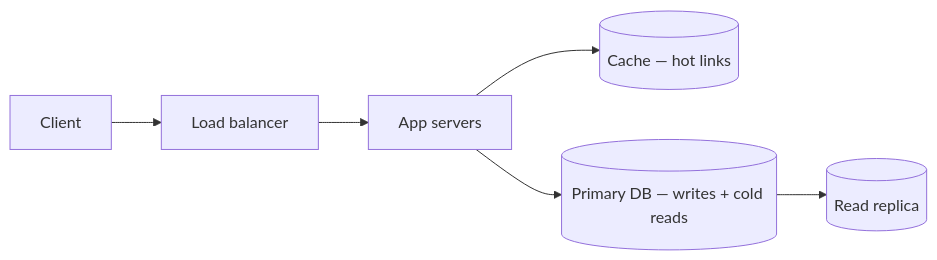
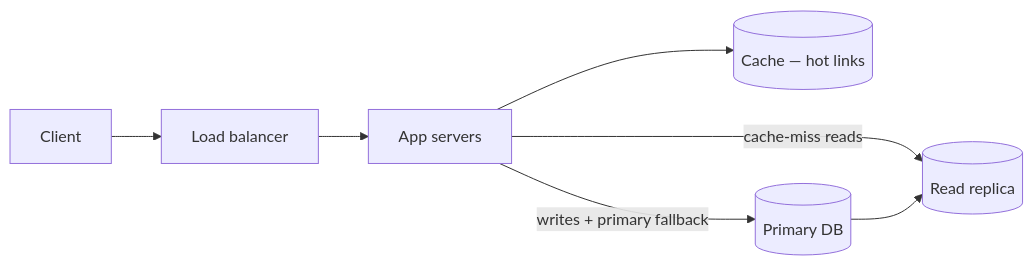
One commit to danielsousaoliveira/cs-fundamentals changed the diagram in src/content/docs/5-systems/system-design-process.mdx. Above: the diagram before and after it, drawn with Mermaid. The commit also changed other lines of this file and 4 other files, not shown here.

````diff
--- a/src/content/docs/5-systems/system-design-process.mdx
+++ b/src/content/docs/5-systems/system-design-process.mdx
@@ -87,8 +87,9 @@
 ```mermaid
 flowchart LR
   Client --> LB[Load balancer]
   LB --> App[App servers]
   App --> Cache[(Cache — hot links)]
-  App --> DB[(Primary DB — writes + cold reads)]
-  DB --> Replica[(Read replica)]
+  App -->|writes + primary fallback| DB[(Primary DB)]
+  App -->|cache-miss reads| Replica[(Read replica)]
+  DB --> Replica
 ```
````
